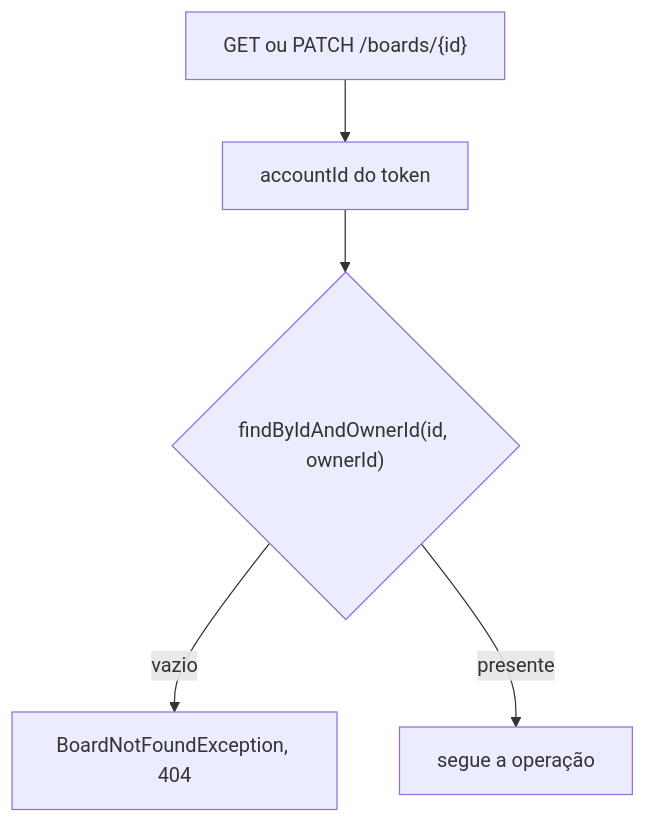
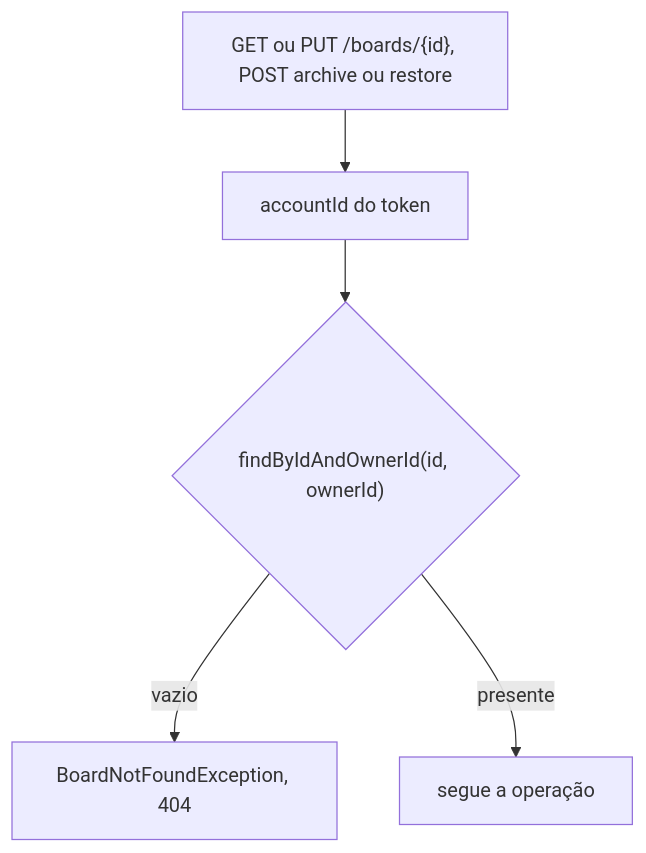
One commit to WilliamRAlvesJr/kanban changed the first of 3 diagrams in openspec/changes/add-board-management/design.md. Above: the diagram before and after it, drawn with Mermaid. The commit also changed other lines of this file and 27 other files, not shown here.

````diff
--- a/openspec/changes/add-board-management/design.md
+++ b/openspec/changes/add-board-management/design.md
@@ -31,7 +29,7 @@
 ```mermaid
 flowchart TD
-    A["GET ou PATCH /boards/{id}"] --> B[accountId do token]
+    A["GET ou PUT /boards/{id}, POST archive ou restore"] --> B[accountId do token]
     B --> C{"findByIdAndOwnerId(id, ownerId)"}
     C -->|vazio| D[BoardNotFoundException, 404]
     C -->|presente| E[segue a operação]
 ```
````
